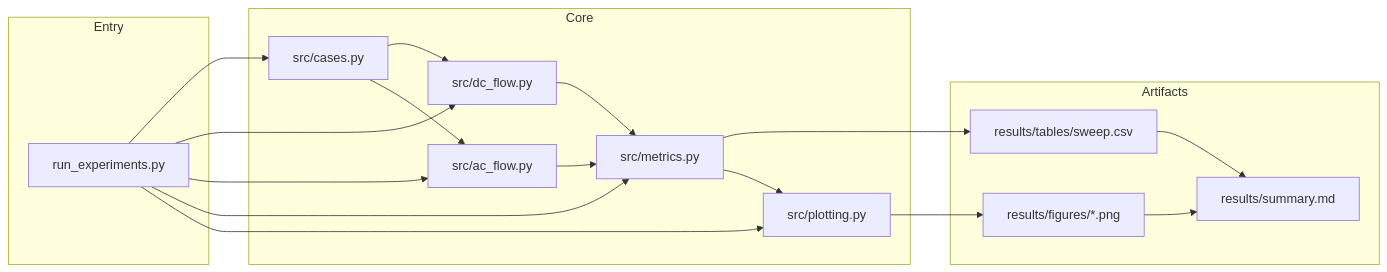
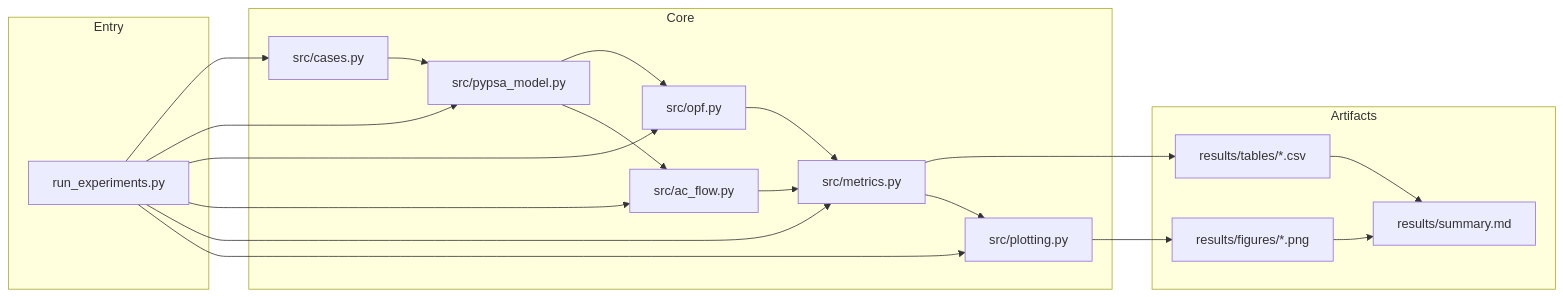
One commit to JustinUssuri/demo3-model-reproduction changed the second of 2 diagrams in notes/Architecture.md. Above: the diagram before and after it, drawn with Mermaid. The commit also changed other lines of this file and 11 other files, not shown here.

````diff
--- a/notes/Architecture.md
+++ b/notes/Architecture.md
@@ -27,36 +32,39 @@
 ```mermaid
 flowchart LR
   subgraph Entry
     CLI[run_experiments.py]
   end
 
   subgraph Core
     CASES[src/cases.py]
-    DC[src/dc_flow.py]
+    MODEL[src/pypsa_model.py]
+    OPF[src/opf.py]
     AC[src/ac_flow.py]
     MET[src/metrics.py]
     PLOT[src/plotting.py]
   end
 
   subgraph Artifacts
-    TBL[results/tables/sweep.csv]
+    TBL[results/tables/*.csv]
     FIG[results/figures/*.png]
     SUM[results/summary.md]
   end
 
   CLI --> CASES
-  CLI --> DC
+  CLI --> MODEL
+  CLI --> OPF
   CLI --> AC
   CLI --> MET
   CLI --> PLOT
 
-  CASES --> DC
-  CASES --> AC
-  DC --> MET
+  CASES --> MODEL
+  MODEL --> OPF
+  MODEL --> AC
+  OPF --> MET
   AC --> MET
   MET --> TBL
   MET --> PLOT
   PLOT --> FIG
   TBL --> SUM
   FIG --> SUM
 ```
````
